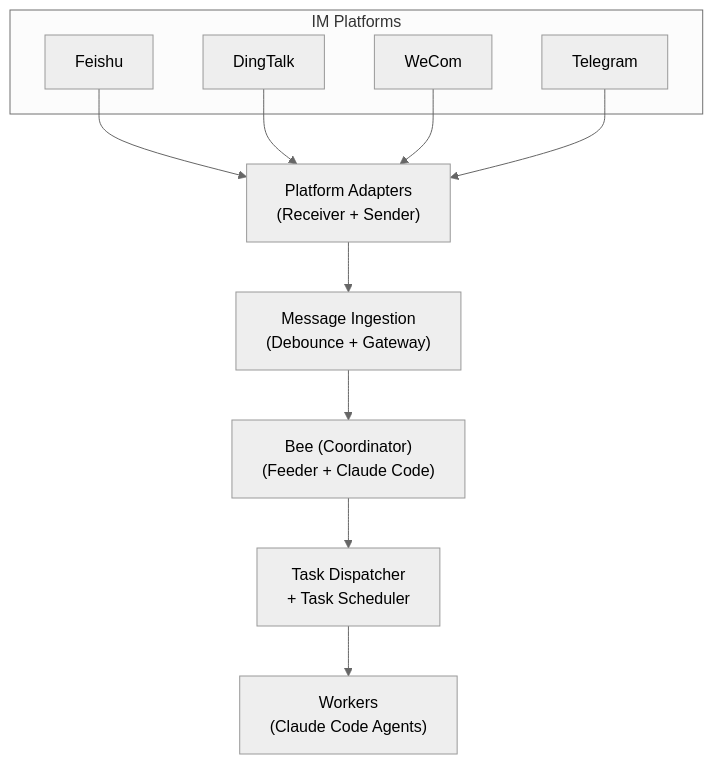
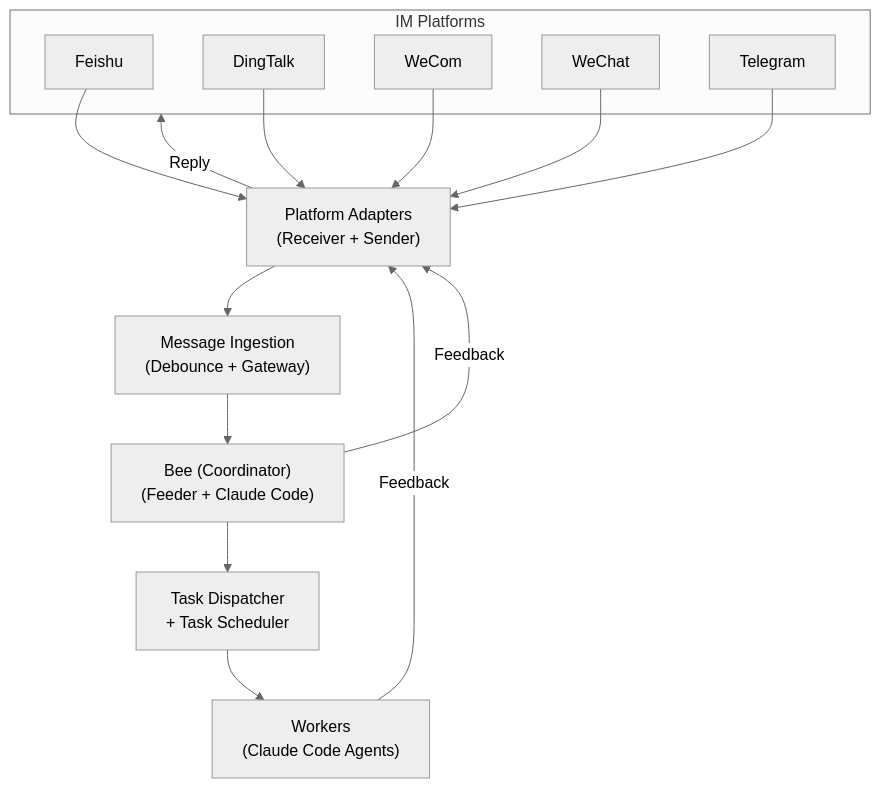
Before and after one commit to theopenbee/docs: the diagram in content/docs/developer/architecture.mdx, drawn with Mermaid (neutral theme). The commit also changed 1 other file, not shown here.

Commit message:
docs: add WeChat platform and feedback message flows to architecture

````diff
--- a/content/docs/developer/architecture.mdx
+++ b/content/docs/developer/architecture.mdx
@@ -12,25 +12,29 @@
 ```mermaid
 graph TD
     subgraph IM["IM Platforms"]
         Feishu["Feishu"]
         DingTalk["DingTalk"]
         WeCom["WeCom"]
+        WeChat["WeChat"]
         Telegram["Telegram"]
     end
 
-    Feishu & DingTalk & WeCom & Telegram --> Adapters
+    Feishu & DingTalk & WeCom & WeChat & Telegram --> Adapters
 
     Adapters["Platform Adapters\n(Receiver + Sender)"]
     Adapters --> Ingestion
+    Adapters -->|Reply| IM
 
     Ingestion["Message Ingestion\n(Debounce + Gateway)"]
     Ingestion --> Bee
 
     Bee["Bee (Coordinator)\n(Feeder + Claude Code)"]
     Bee --> Dispatcher
+    Bee -->|Feedback| Adapters
 
     Dispatcher["Task Dispatcher\n+ Task Scheduler"]
     Dispatcher --> Workers
 
     Workers["Workers\n(Claude Code Agents)"]
+    Workers -->|Feedback| Adapters
 ```
````
